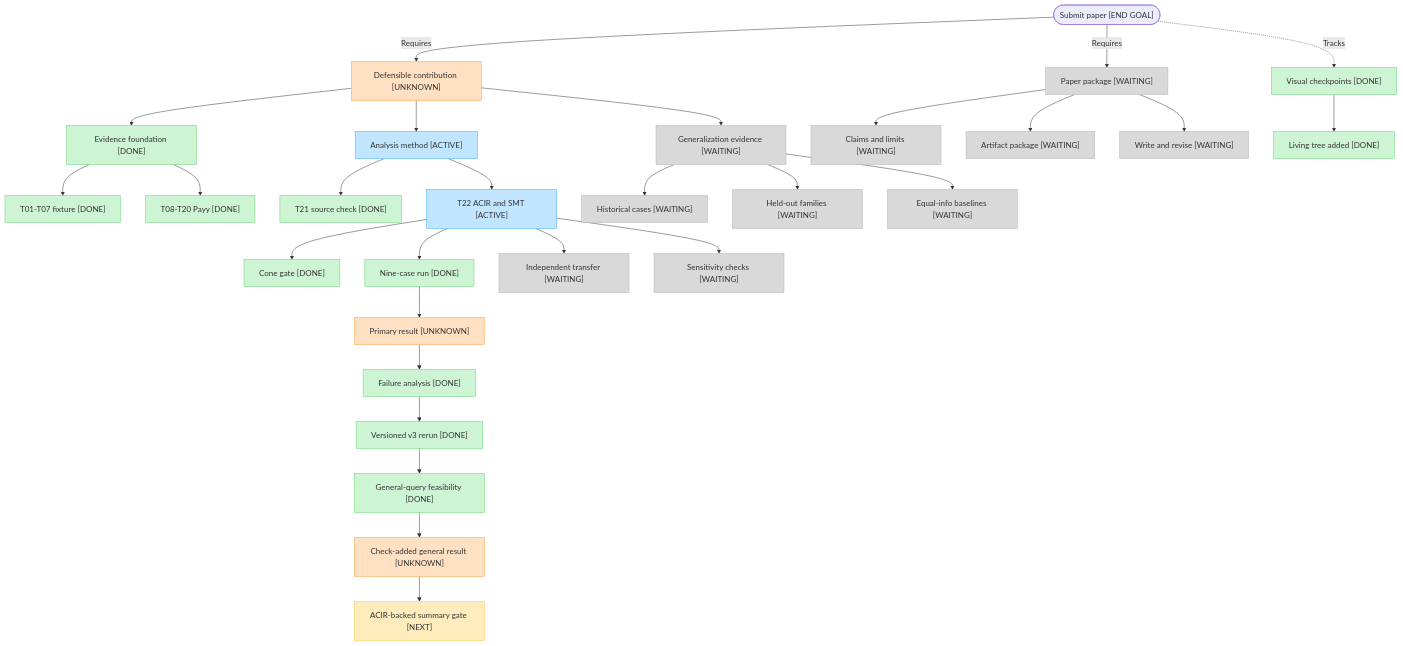
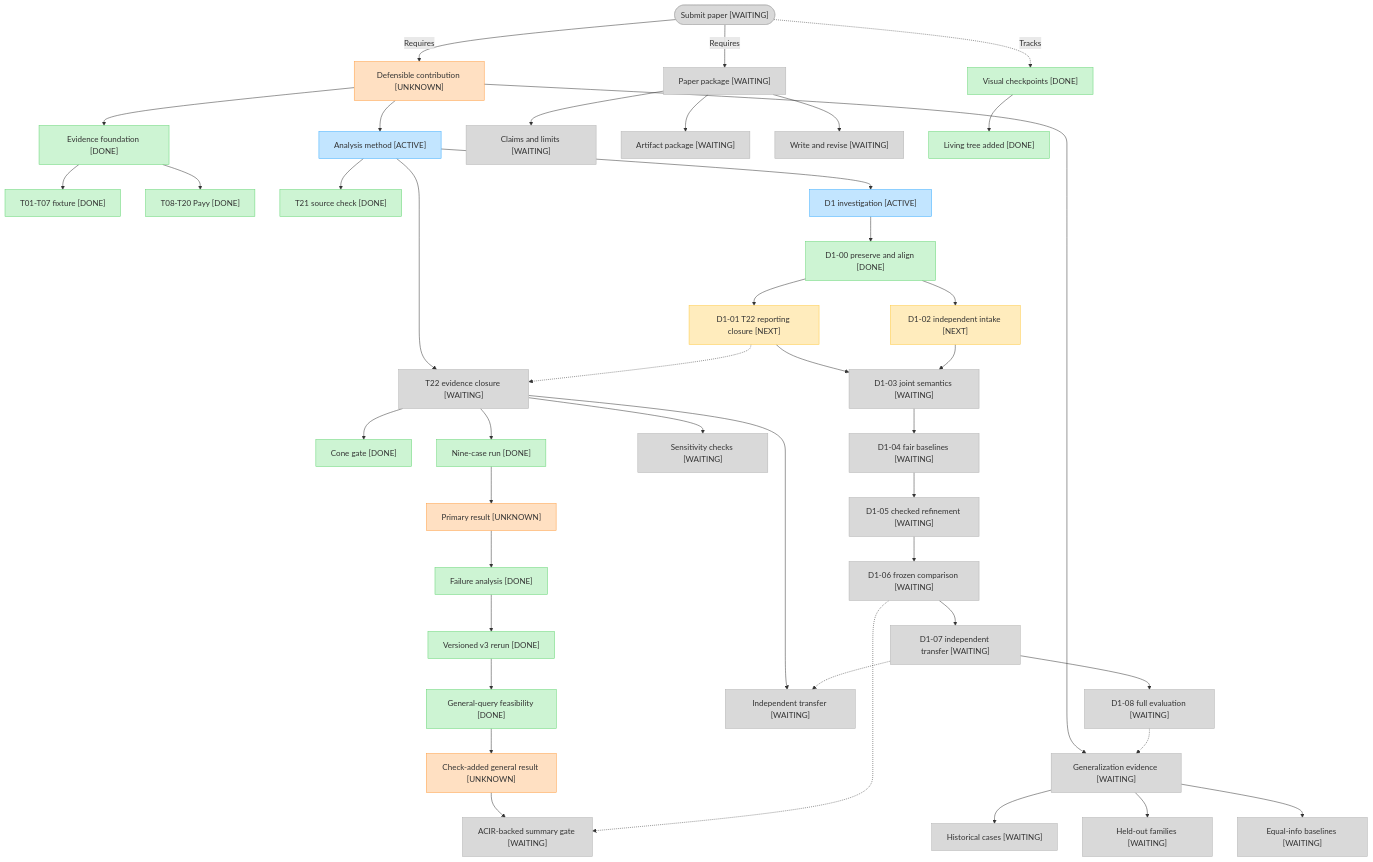
One commit to imranpollob/BindCheck changed the diagram in docs/project-status.md. Above: the diagram before and after it, drawn with Mermaid. The commit also changed other lines of this file and 22 other files, not shown here.

````diff
--- a/docs/project-status.md
+++ b/docs/project-status.md
@@ -16,50 +16,66 @@
 ```mermaid
 flowchart TD
-    submit(["Submit paper [END GOAL]"])
+    submit(["Submit paper [WAITING]"])
     contribution["Defensible contribution [UNKNOWN]"]
     submit -->|"Requires"| contribution
     submit -->|"Requires"| manuscript["Paper package [WAITING]"]
     submit -.->|"Tracks"| tracking["Visual checkpoints [DONE]"]
 
     contribution --> foundation["Evidence foundation [DONE]"]
     contribution --> analysis["Analysis method [ACTIVE]"]
     contribution --> evaluation["Generalization evidence [WAITING]"]
 
     foundation --> fixture["T01-T07 fixture [DONE]"]
     foundation --> payy["T08-T20 Payy [DONE]"]
 
     analysis --> sourceCheck["T21 source check [DONE]"]
-    analysis --> t22["T22 ACIR and SMT [ACTIVE]"]
+    analysis --> t22["T22 evidence closure [WAITING]"]
     t22 --> coneGate["Cone gate [DONE]"]
     t22 --> nineCases["Nine-case run [DONE]"]
     nineCases --> primaryResult["Primary result [UNKNOWN]"]
     primaryResult --> failureAnalysis["Failure analysis [DONE]"]
     failureAnalysis --> v3Rerun["Versioned v3 rerun [DONE]"]
     v3Rerun --> generalGate["General-query feasibility [DONE]"]
     generalGate --> generalResult["Check-added general result [UNKNOWN]"]
-    generalResult --> acirSummary["ACIR-backed summary gate [NEXT]"]
+    generalResult --> acirSummary["ACIR-backed summary gate [WAITING]"]
     t22 --> transferCase["Independent transfer [WAITING]"]
     t22 --> sensitivity["Sensitivity checks [WAITING]"]
+
+    analysis --> d1["D1 investigation [ACTIVE]"]
+    d1 --> d100["D1-00 preserve and align [DONE]"]
+    d100 --> d101["D1-01 T22 reporting closure [NEXT]"]
+    d100 --> d102["D1-02 independent intake [NEXT]"]
+    d101 --> d103["D1-03 joint semantics [WAITING]"]
+    d102 --> d103
+    d103 --> d104["D1-04 fair baselines [WAITING]"]
+    d104 --> d105["D1-05 checked refinement [WAITING]"]
+    d105 --> d106["D1-06 frozen comparison [WAITING]"]
+    d106 --> d107["D1-07 independent transfer [WAITING]"]
+    d107 --> d108["D1-08 full evaluation [WAITING]"]
+    d101 -.-> t22
+    d106 -.-> acirSummary
+    d107 -.-> transferCase
+    d108 -.-> evaluation
 
     evaluation --> history["Historical cases [WAITING]"]
     evaluation --> heldOut["Held-out families [WAITING]"]
     evaluation --> baselines["Equal-info baselines [WAITING]"]
 
     manuscript --> claims["Claims and limits [WAITING]"]
     manuscript --> artifacts["Artifact package [WAITING]"]
     manuscript --> draft["Write and revise [WAITING]"]
 
     tracking --> livingTree["Living tree added [DONE]"]
 
     classDef done fill:#CDF4D3,stroke:#66D575
     classDef active fill:#C2E5FF,stroke:#3DADFF
     classDef next fill:#FFECBD,stroke:#FFC943
     classDef waiting fill:#D9D9D9,stroke:#B3B3B3
     classDef unknown fill:#FFE0C2,stroke:#FF9E42
 
-    class foundation,fixture,payy,sourceCheck,coneGate,nineCases,failureAnalysis,v3Rerun,generalGate,tracking,livingTree done
-    class analysis,t22 active
-    class acirSummary next
-    class evaluation,history,heldOut,baselines,manuscript,claims,artifacts,draft,transferCase,sensitivity waiting
+    class foundation,fixture,payy,sourceCheck,coneGate,nineCases,failureAnalysis,v3Rerun,generalGate,tracking,livingTree,d100 done
+    class analysis,d1 active
+    class d101,d102 next
+    class evaluation,history,heldOut,baselines,manuscript,claims,artifacts,draft,transferCase,sensitivity,submit,t22,acirSummary,d103,d104,d105,d106,d107,d108 waiting
     class contribution,primaryResult,generalResult unknown
 ```
````
